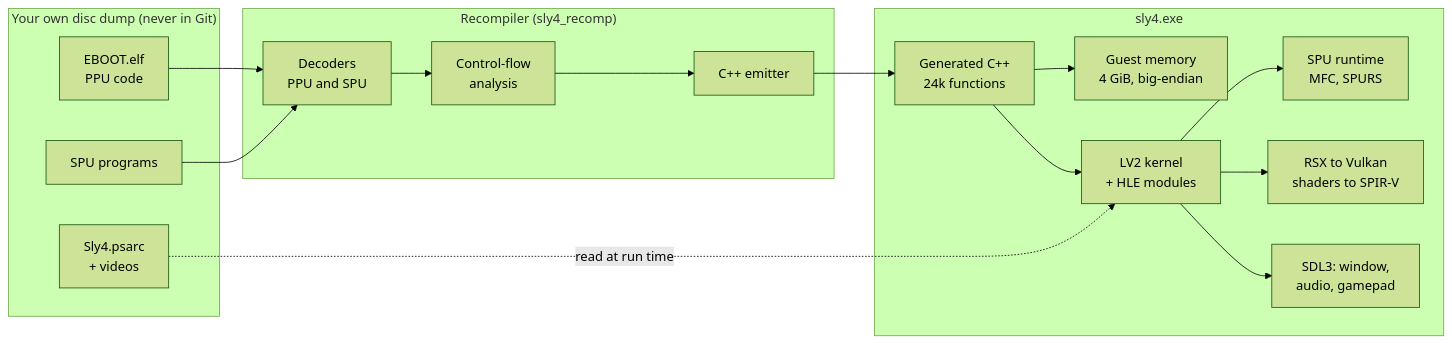
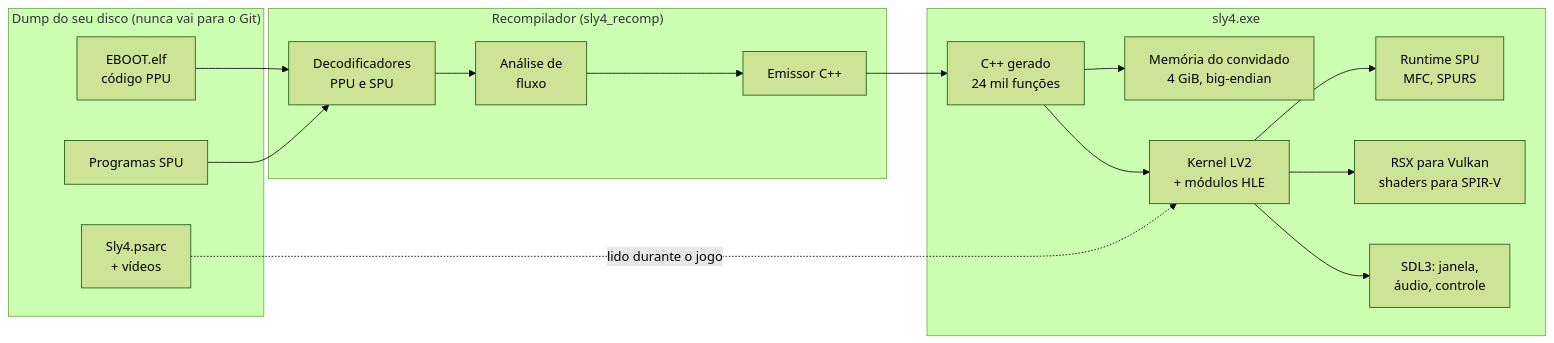
The diagram in README.md (mvieira-hub/sly4-port), drawn with Mermaid (forest theme) before and after one commit. The commit also changed other lines of this file and 5 other files, not shown here.

````diff
--- a/README.md
+++ b/README.md
@@ -62,30 +62,30 @@
 ```mermaid
 flowchart LR
-  subgraph disc["Your own disc dump (never in Git)"]
-    EBOOT[EBOOT.elf<br/>PPU code]
-    SPUELF[SPU programs]
-    PSARC[Sly4.psarc<br/>+ videos]
+  subgraph disc["Dump do seu disco (nunca vai para o Git)"]
+    EBOOT[EBOOT.elf<br/>código PPU]
+    SPUELF[Programas SPU]
+    PSARC[Sly4.psarc<br/>+ vídeos]
   end
-  subgraph recomp["Recompiler (sly4_recomp)"]
-    DEC[Decoders<br/>PPU and SPU]
-    ANA[Control-flow<br/>analysis]
-    EMIT[C++ emitter]
+  subgraph recomp["Recompilador (sly4_recomp)"]
+    DEC[Decodificadores<br/>PPU e SPU]
+    ANA[Análise de<br/>fluxo]
+    EMIT[Emissor C++]
   end
   subgraph exe["sly4.exe"]
-    GEN[Generated C++<br/>24k functions]
-    MEM[Guest memory<br/>4 GiB, big-endian]
-    KRN[LV2 kernel<br/>+ HLE modules]
-    SPU[SPU runtime<br/>MFC, SPURS]
-    RSX[RSX to Vulkan<br/>shaders to SPIR-V]
-    IO[SDL3: window,<br/>audio, gamepad]
+    GEN[C++ gerado<br/>24 mil funções]
+    MEM[Memória do convidado<br/>4 GiB, big-endian]
+    KRN[Kernel LV2<br/>+ módulos HLE]
+    SPU[Runtime SPU<br/>MFC, SPURS]
+    RSX[RSX para Vulkan<br/>shaders para SPIR-V]
+    IO[SDL3: janela,<br/>áudio, controle]
   end
   EBOOT --> DEC
   SPUELF --> DEC
   DEC --> ANA --> EMIT --> GEN
   GEN --> MEM
   GEN --> KRN
   KRN --> SPU
   KRN --> RSX
   KRN --> IO
-  PSARC -. read at run time .-> KRN
+  PSARC -. lido durante o jogo .-> KRN
 ```
````
